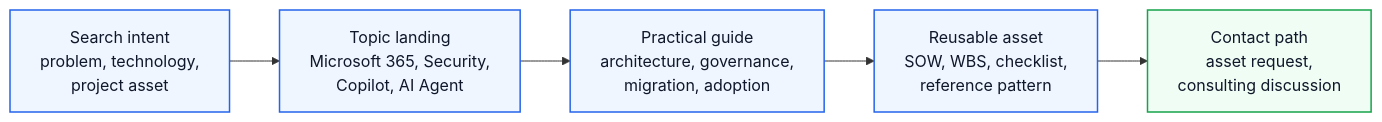
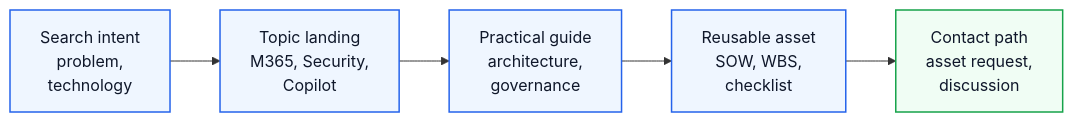
One commit to Eric841001/Eric841001.github.io changed the diagram in docs/search/enterprise-microsoft-architecture-keywords.md. Above: the diagram before and after it, drawn with Mermaid. The commit also changed other lines of this file and 7 other files, not shown here.

Commit message:
Improve search landing pages for AI and security

````diff
--- a/docs/search/enterprise-microsoft-architecture-keywords.md
+++ b/docs/search/enterprise-microsoft-architecture-keywords.md
@@ -27,13 +27,13 @@
 ```mermaid
 flowchart LR
-  Intent["Search intent<br/>problem, technology,<br/>project asset"]:::phase
-  Landing["Topic landing<br/>Microsoft 365, Security,<br/>Copilot, AI Agent"]:::phase
-  Guide["Practical guide<br/>architecture, governance,<br/>migration, adoption"]:::phase
-  Asset["Reusable asset<br/>SOW, WBS, checklist,<br/>reference pattern"]:::phase
-  Contact["Contact path<br/>asset request,<br/>consulting discussion"]:::outcome
+  Intent["Search intent<br/>problem,<br/>technology"]:::phase
+  Landing["Topic landing<br/>M365, Security,<br/>Copilot"]:::phase
+  Guide["Practical guide<br/>architecture,<br/>governance"]:::phase
+  Asset["Reusable asset<br/>SOW, WBS,<br/>checklist"]:::phase
+  Contact["Contact path<br/>asset request,<br/>discussion"]:::outcome
 
   Intent --> Landing --> Guide --> Asset --> Contact
 
   classDef phase fill:#eff6ff,stroke:#2563eb,color:#0f172a,stroke-width:1.5px
   classDef outcome fill:#f0fdf4,stroke:#16a34a,color:#0f172a,stroke-width:1.5px
 ```
````
